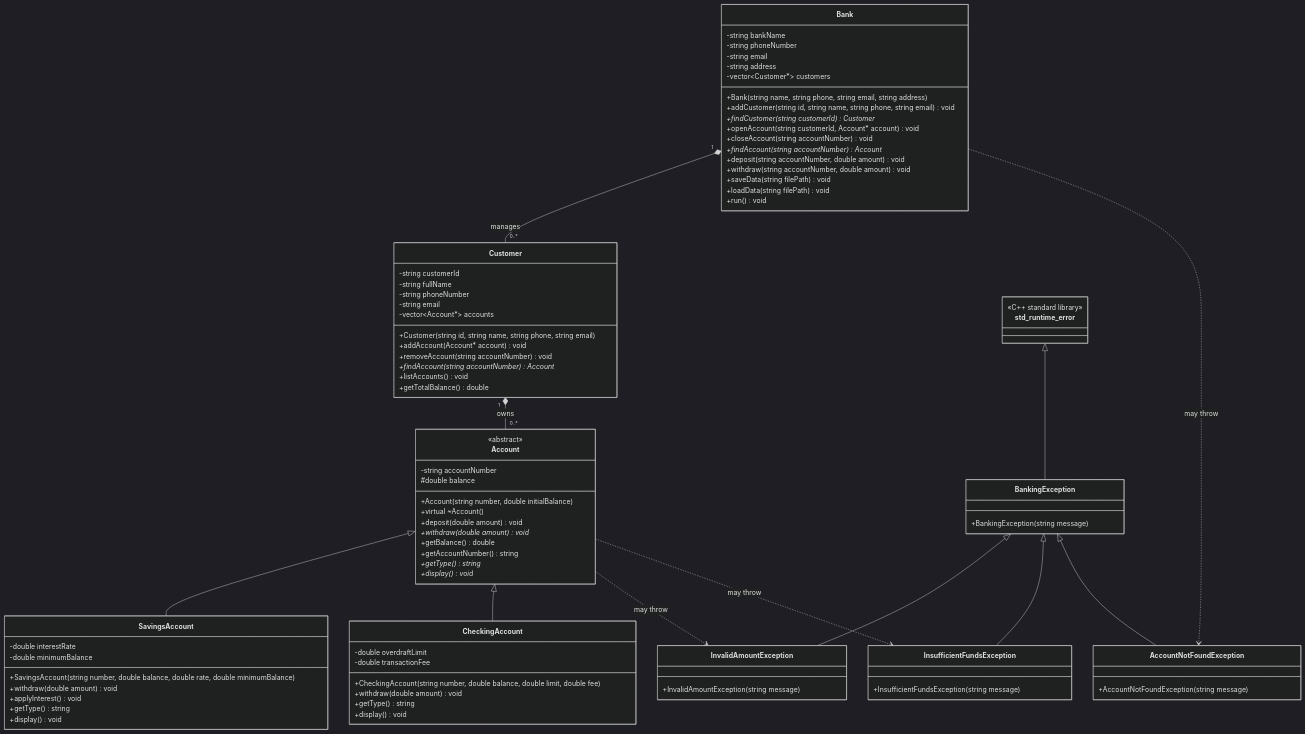
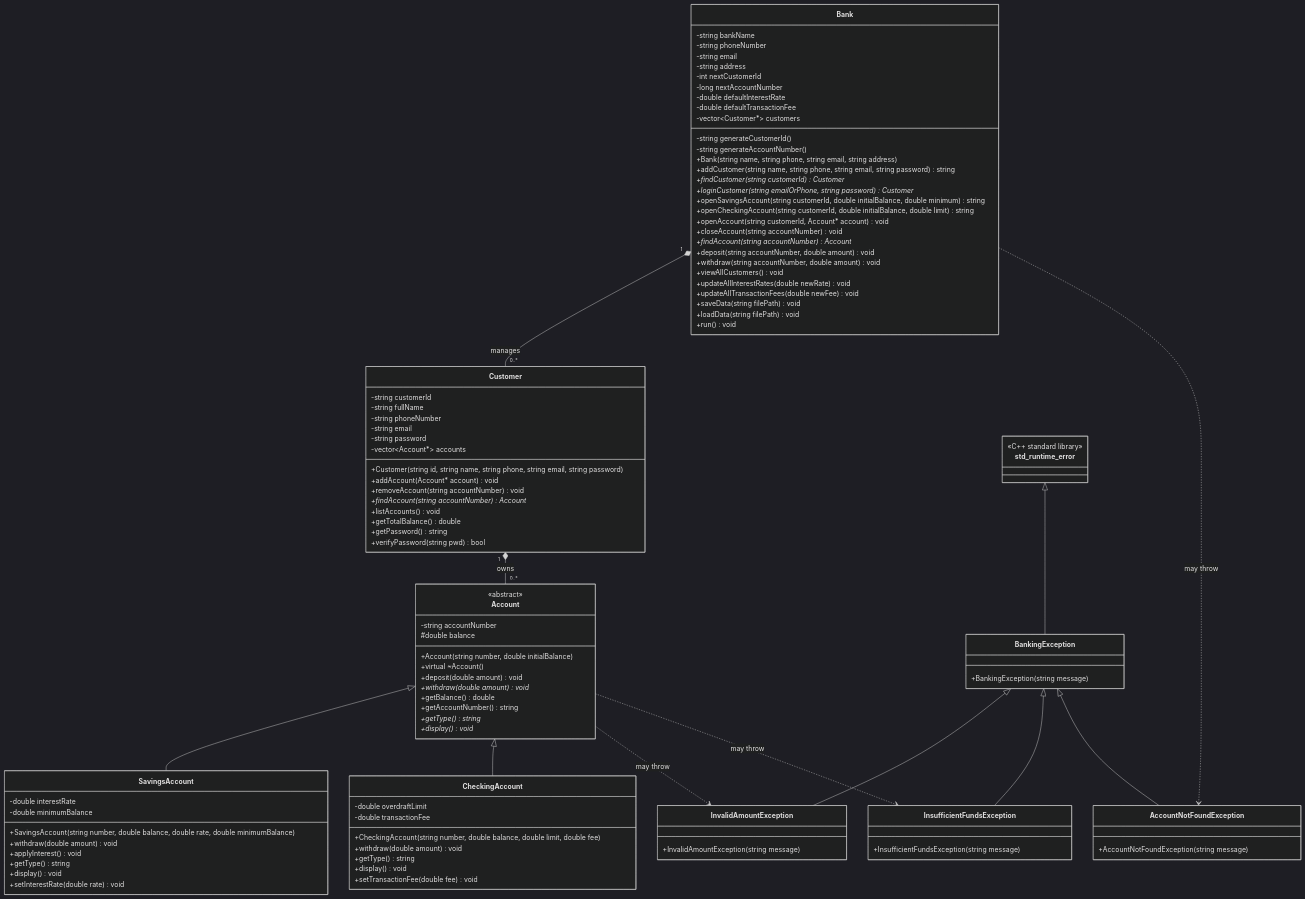
One commit to mubina-yigitaliyeva/bank-account-system changed the diagram in README.md. Above: the diagram before and after it, drawn with Mermaid (dark theme). The commit also changed 2 other files, not shown here.

Commit message:
updated uml

```diff
--- a/README.md
+++ b/README.md
@@ -13,15 +13,27 @@
         -string phoneNumber
         -string email
         -string address
+        -int nextCustomerId
+        -long nextAccountNumber
+        -double defaultInterestRate
+        -double defaultTransactionFee
         -vector~Customer*~ customers
+        -string generateCustomerId()
+        -string generateAccountNumber()
         +Bank(string name, string phone, string email, string address)
-        +addCustomer(string id, string name, string phone, string email) void
+        +addCustomer(string name, string phone, string email, string password) string
         +findCustomer(string customerId) Customer*
+        +loginCustomer(string emailOrPhone, string password) Customer*
+        +openSavingsAccount(string customerId, double initialBalance, double minimum) string
+        +openCheckingAccount(string customerId, double initialBalance, double limit) string
         +openAccount(string customerId, Account* account) void
         +closeAccount(string accountNumber) void
         +findAccount(string accountNumber) Account*
         +deposit(string accountNumber, double amount) void
         +withdraw(string accountNumber, double amount) void
+        +viewAllCustomers() void
+        +updateAllInterestRates(double newRate) void
+        +updateAllTransactionFees(double newFee) void
         +saveData(string filePath) void
         +loadData(string filePath) void
         +run() void
@@ -32,13 +44,16 @@
         -string fullName
         -string phoneNumber
         -string email
+        -string password
         -vector~Account*~ accounts
-        +Customer(string id, string name, string phone, string email)
+        +Customer(string id, string name, string phone, string email, string password)
         +addAccount(Account* account) void
         +removeAccount(string accountNumber) void
         +findAccount(string accountNumber) Account*
         +listAccounts() void
         +getTotalBalance() double
+        +getPassword() string
+        +verifyPassword(string pwd) bool
     }
 
     class Account {
@@ -63,6 +78,7 @@
         +applyInterest() void
         +getType() string
         +display() void
+        +setInterestRate(double rate) void
     }
 
     class CheckingAccount {
@@ -72,6 +88,7 @@
         +withdraw(double amount) void
         +getType() string
         +display() void
+        +setTransactionFee(double fee) void
     }
 
     class BankingException {
```
